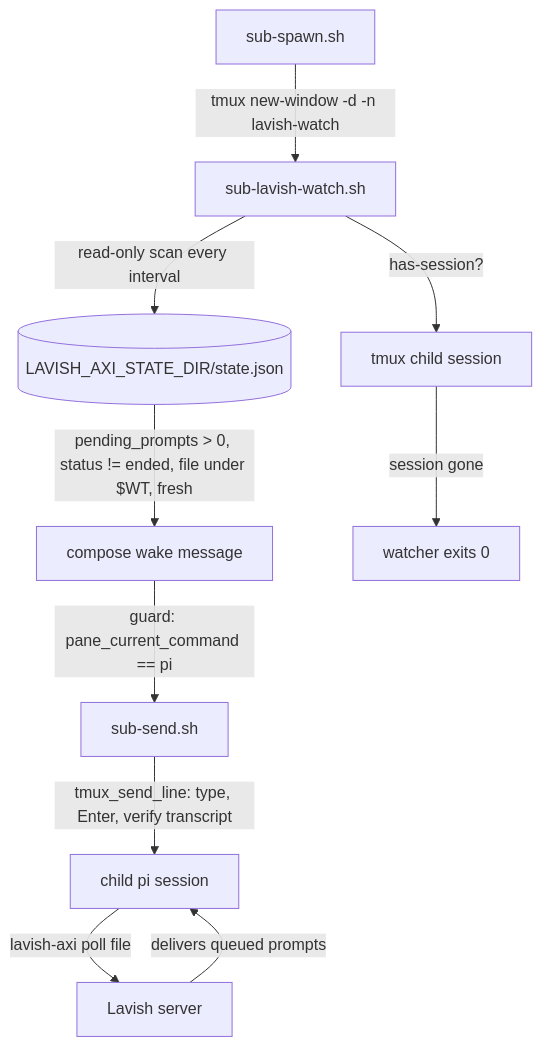
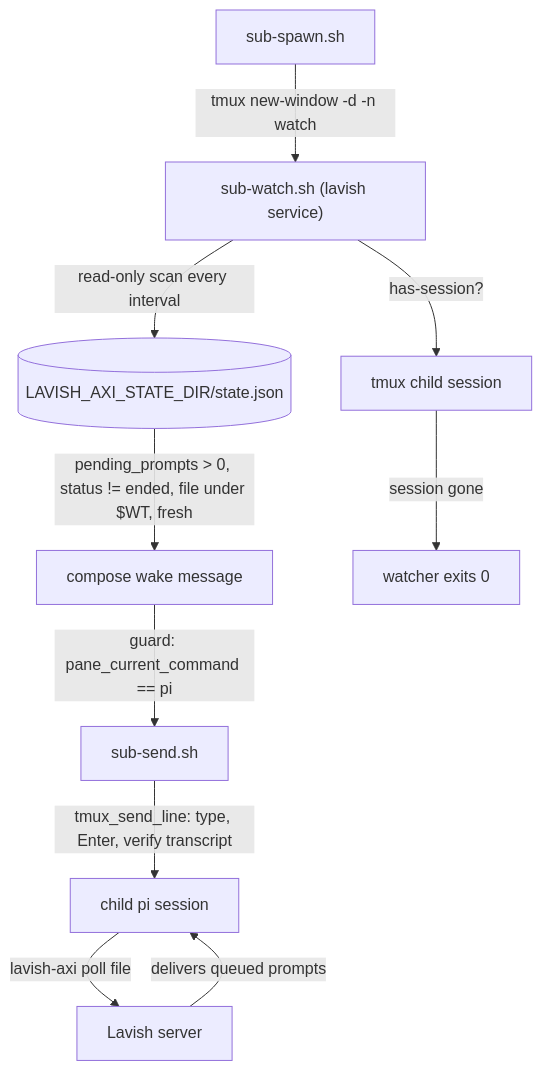
Before and after one commit to jseto/mu-commander: the diagram in specs/lavish-wake/lavish-wake-design.md, drawn with Mermaid. The commit also changed other lines of this file and 14 other files, not shown here.

````diff
--- a/specs/lavish-wake/lavish-wake-design.md
+++ b/specs/lavish-wake/lavish-wake-design.md
@@ -54,12 +64,12 @@
 ```mermaid
 flowchart TD
-  SP[sub-spawn.sh] -->|tmux new-window -d -n lavish-watch| W[sub-lavish-watch.sh]
+  SP[sub-spawn.sh] -->|tmux new-window -d -n watch| W["sub-watch.sh (lavish service)"]
   W -->|read-only scan every interval| S[(LAVISH_AXI_STATE_DIR/state.json)]
   W -->|has-session?| T[tmux child session]
   S -->|pending_prompts > 0, status != ended, file under $WT, fresh| P[compose wake message]
   P -->|guard: pane_current_command == pi| SS[sub-send.sh]
   SS -->|tmux_send_line: type, Enter, verify transcript| C[child pi session]
   C -->|lavish-axi poll file| L[Lavish server]
   L -->|delivers queued prompts| C
   T -->|session gone| X[watcher exits 0]
 ```
````
